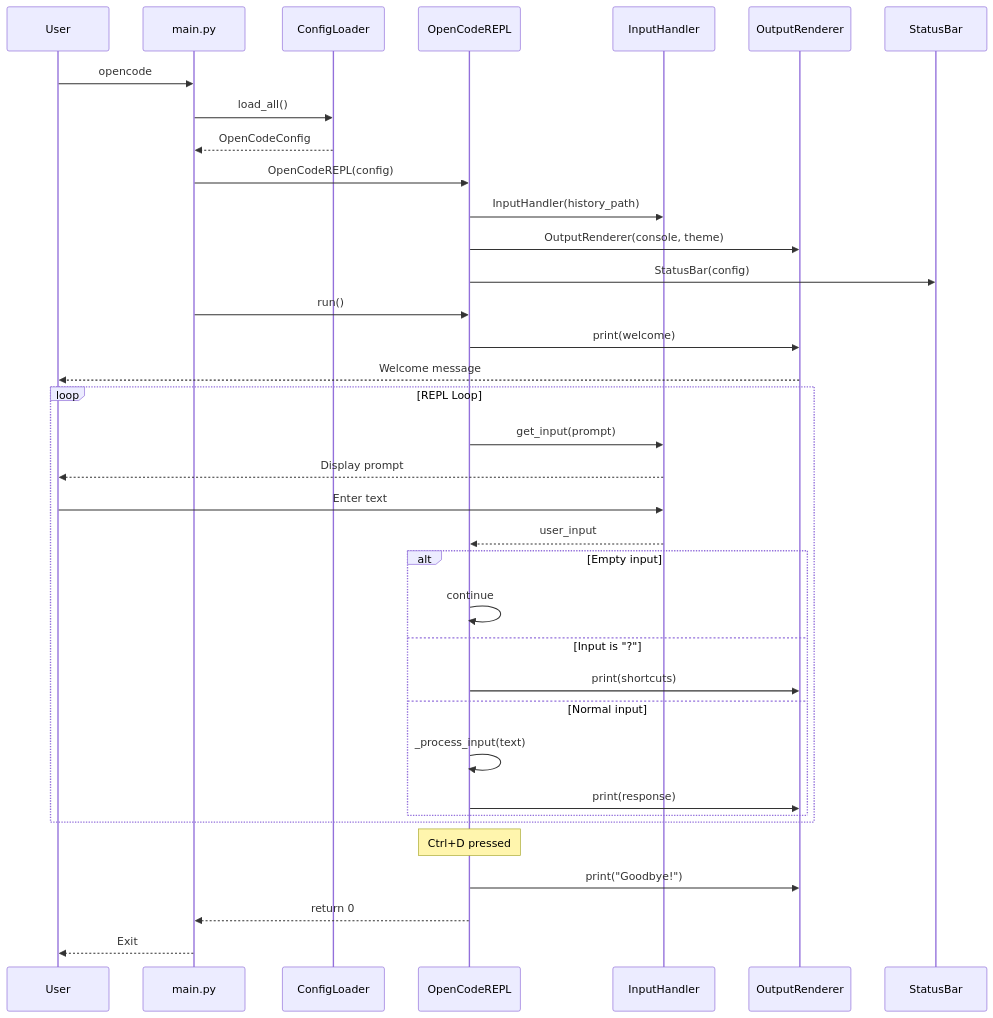
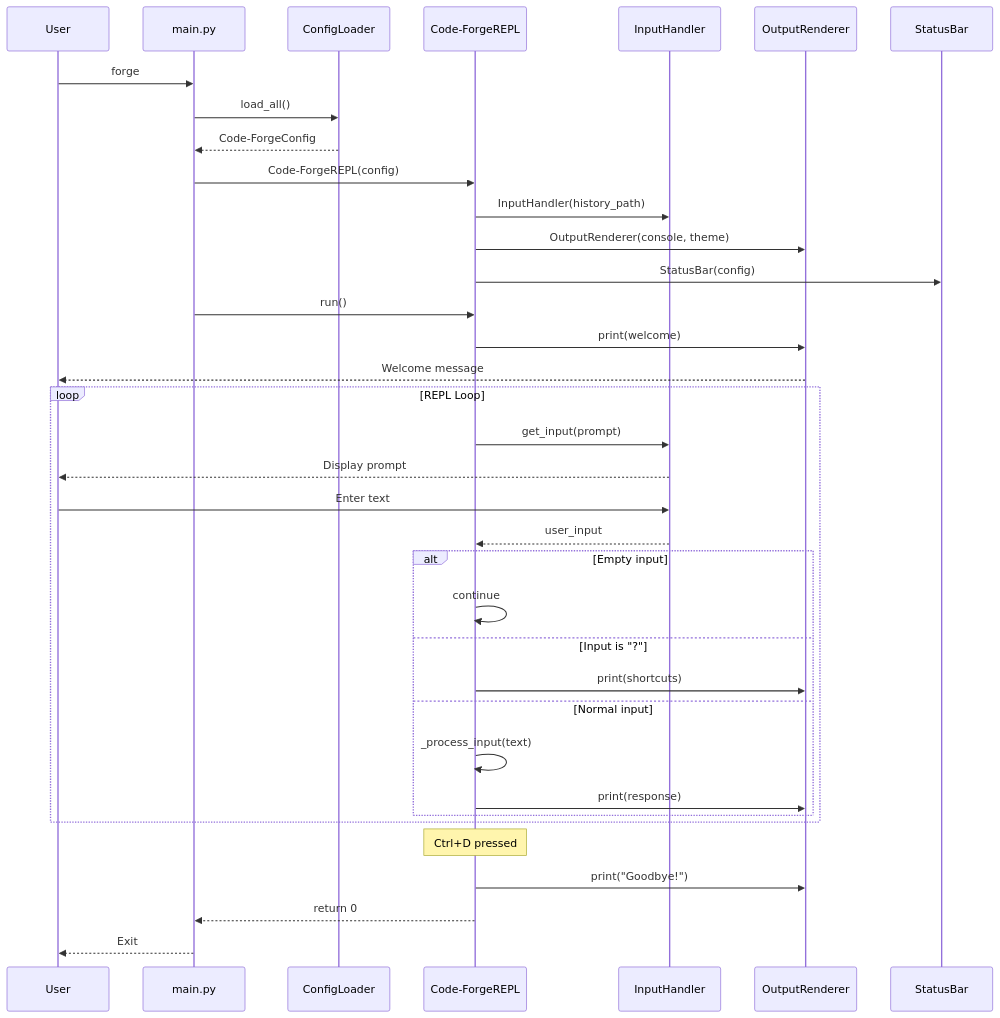
Before and after one commit to corey-rosamond/Code-Forge: the second of 8 diagrams in .ai/phase/1.3/UML.md, drawn with Mermaid. The commit also changed other lines of this file and 505 other files, not shown here.

First line of the commit message:
Rename project from OpenCode to Code-Forge

````diff
--- a/.ai/phase/1.3/UML.md
+++ b/.ai/phase/1.3/UML.md
@@ -75,44 +75,44 @@
 ```mermaid
 sequenceDiagram
     participant U as User
     participant CLI as main.py
     participant CL as ConfigLoader
-    participant R as OpenCodeREPL
+    participant R as Code-ForgeREPL
     participant I as InputHandler
     participant O as OutputRenderer
     participant S as StatusBar
 
-    U->>CLI: opencode
+    U->>CLI: forge
     CLI->>CL: load_all()
-    CL-->>CLI: OpenCodeConfig
+    CL-->>CLI: Code-ForgeConfig
 
-    CLI->>R: OpenCodeREPL(config)
+    CLI->>R: Code-ForgeREPL(config)
     R->>I: InputHandler(history_path)
     R->>O: OutputRenderer(console, theme)
     R->>S: StatusBar(config)
 
     CLI->>R: run()
     R->>O: print(welcome)
     O-->>U: Welcome message
 
     loop REPL Loop
         R->>I: get_input(prompt)
         I-->>U: Display prompt
         U->>I: Enter text
         I-->>R: user_input
 
         alt Empty input
             R->>R: continue
         else Input is "?"
             R->>O: print(shortcuts)
         else Normal input
             R->>R: _process_input(text)
             R->>O: print(response)
         end
     end
 
     Note over R: Ctrl+D pressed
     R->>O: print("Goodbye!")
     R-->>CLI: return 0
     CLI-->>U: Exit
 ```
````
